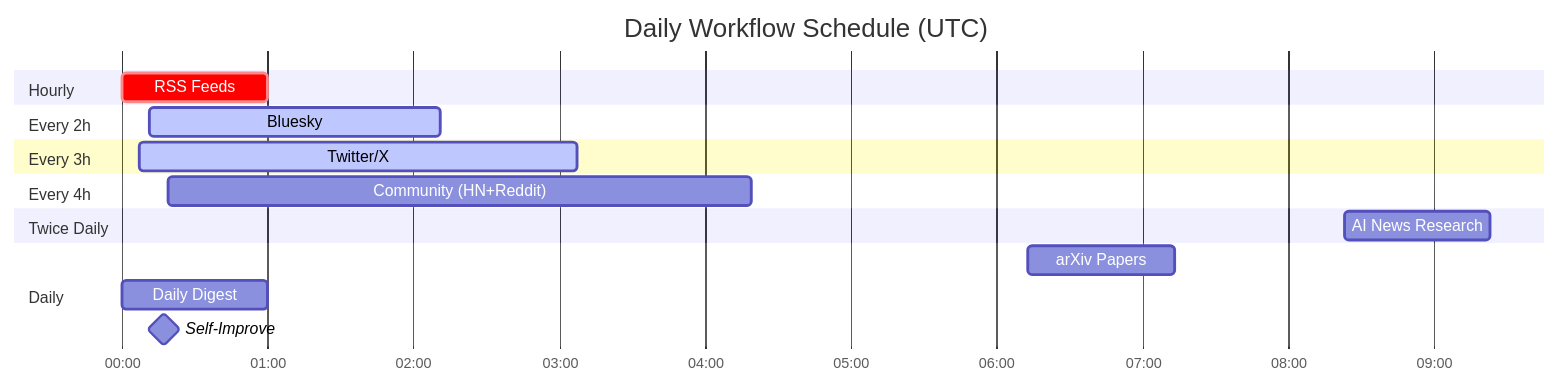
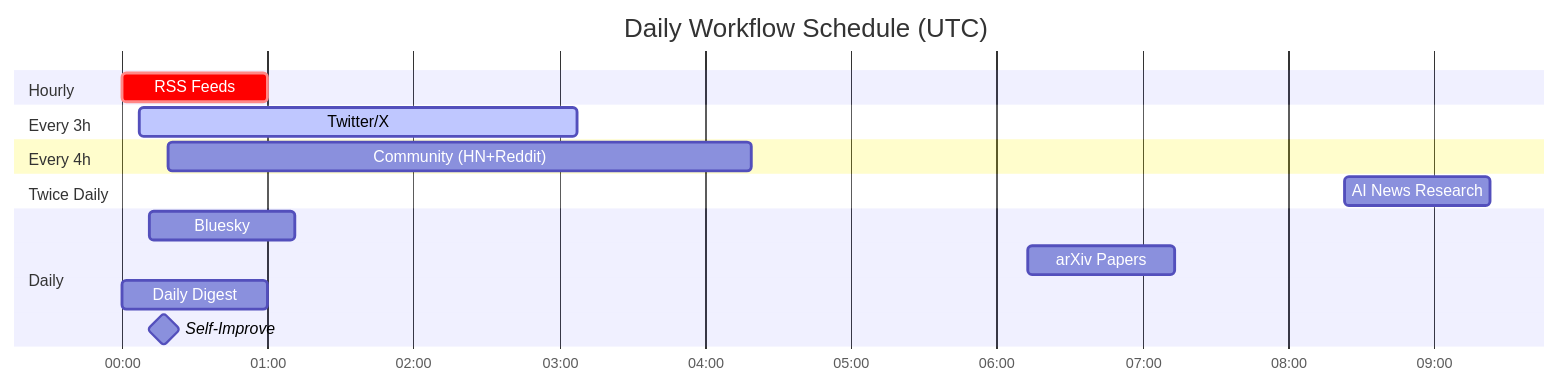
One commit to guzus/ai-research-arm changed the second of 2 diagrams in README.md. Above: the diagram before and after it, drawn with Mermaid. The commit also changed other lines of this file and 1 other file, not shown here.

````diff
--- a/README.md
+++ b/README.md
@@ -78,26 +86,24 @@
 ```mermaid
 gantt
     title Daily Workflow Schedule (UTC)
     dateFormat HH:mm
     axisFormat %H:%M
 
     section Hourly
     RSS Feeds           :crit, 00:00, 1h
-
-    section Every 2h
-    Bluesky             :active, 00:11, 2h
 
     section Every 3h
     Twitter/X           :active, 00:07, 3h
 
     section Every 4h
     Community (HN+Reddit) :00:19, 4h
 
     section Twice Daily
     AI News Research    :08:23, 1h
 
     section Daily
+    Bluesky             :00:11, 1h
     arXiv Papers        :06:13, 1h
     Daily Digest        :00:00, 1h
     Self-Improve        :milestone, 00:17, 0h
 ```
````
